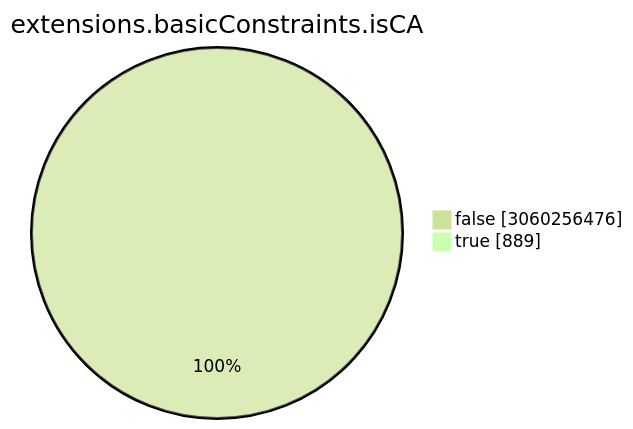
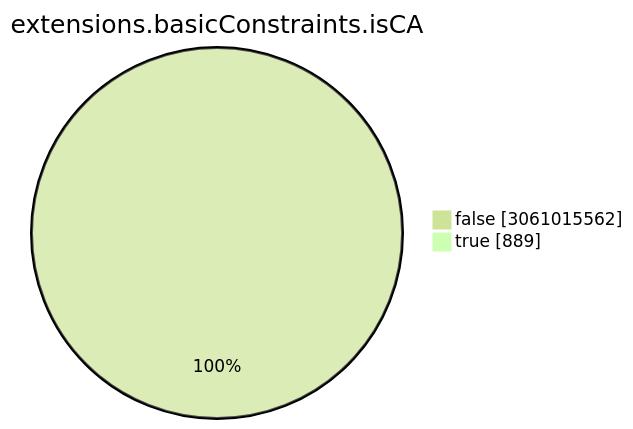
One commit to christiankrug/ctmonitor_visualization changed the seventh of 15 diagrams in TOTAL/README.md. Above: the diagram before and after it, drawn with Mermaid (forest theme). The commit also changed other lines of this file, not shown here.

````diff
--- a/TOTAL/README.md
+++ b/TOTAL/README.md
@@ -3086,6 +3086,6 @@
 ```mermaid
 pie showData
 title extensions.basicConstraints.isCA
-"false" :3060256476
+"false" :3061015562
 "true" :889
 ```
````
